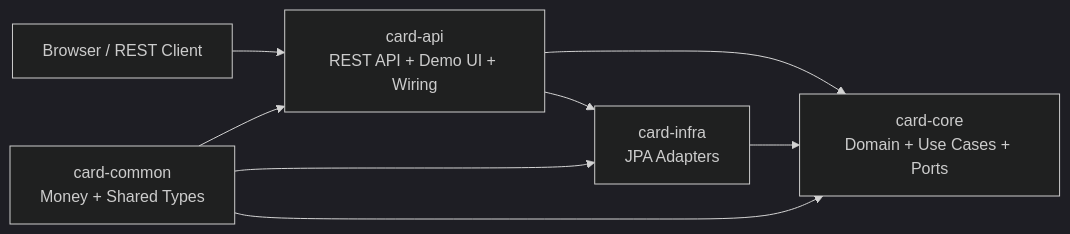
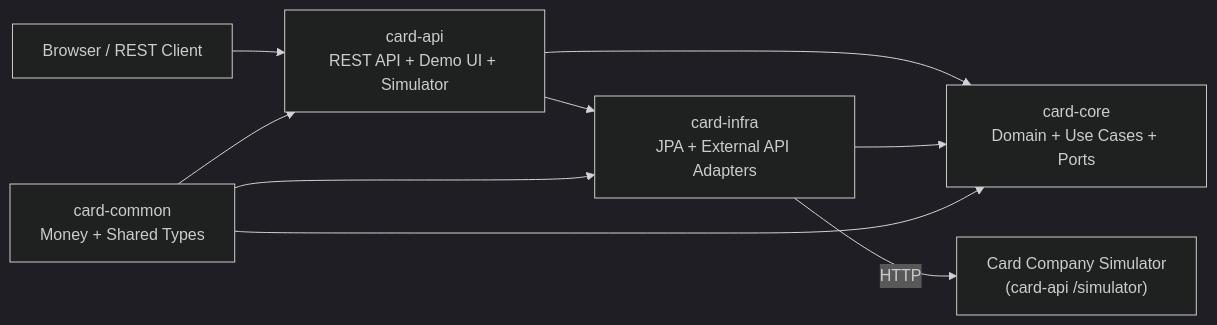
The diagram in README.md (jean202/card-mizer), drawn with Mermaid (dark theme) before and after one commit. The commit also changed other lines of this file and 29 other files, not shown here.

````diff
--- a/README.md
+++ b/README.md
@@ -29,10 +30,11 @@
 ```mermaid
 flowchart LR
-    CLIENT["Browser / REST Client"] --> API["card-api<br/>REST API + Demo UI + Wiring"]
+    CLIENT["Browser / REST Client"] --> API["card-api<br/>REST API + Demo UI + Simulator"]
     API --> CORE["card-core<br/>Domain + Use Cases + Ports"]
-    API --> INFRA["card-infra<br/>JPA Adapters"]
+    API --> INFRA["card-infra<br/>JPA + External API Adapters"]
     INFRA --> CORE
+    INFRA -->|HTTP| SIM["Card Company Simulator<br/>(card-api /simulator)"]
     COMMON["card-common<br/>Money + Shared Types"] --> CORE
     COMMON --> API
     COMMON --> INFRA
 ```
````
